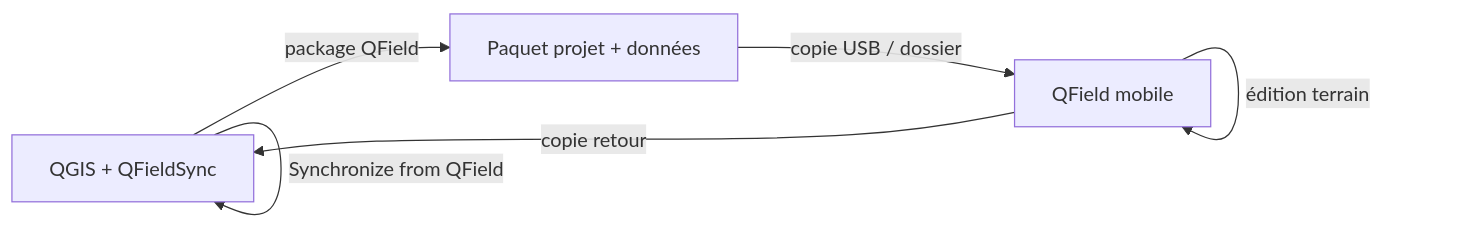
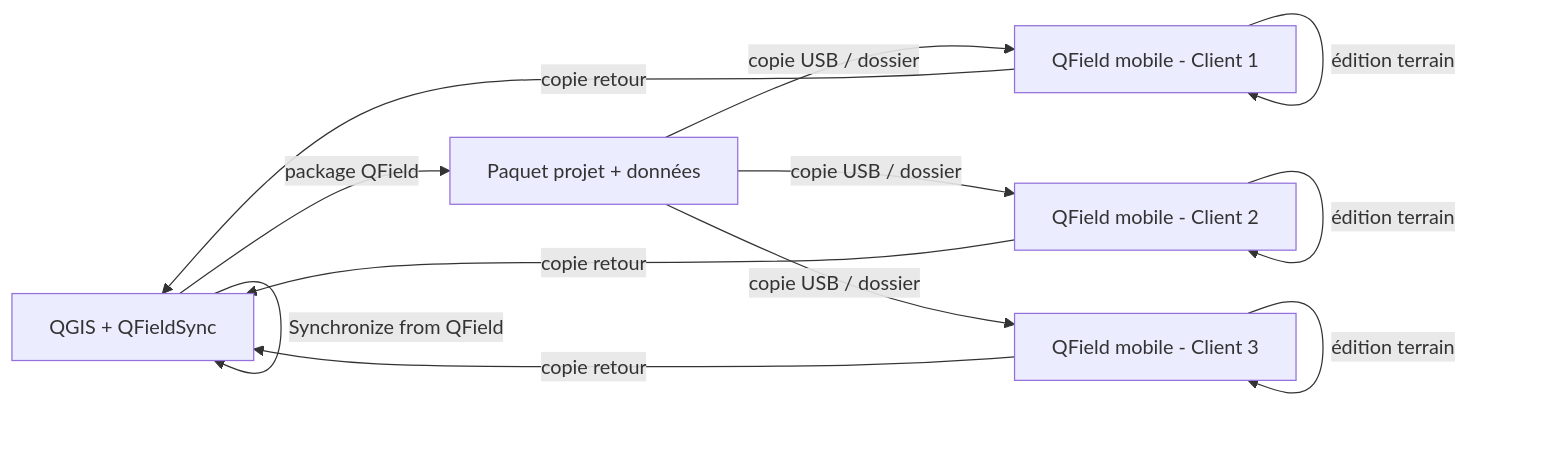
The second of 4 diagrams in qfield/leve-et-edition-qfield.qmd (iggroup/formation_qgis), drawn with Mermaid before and after one commit. The commit also changed other lines of this file and 2 other files, not shown here.

````diff
--- a/qfield/leve-et-edition-qfield.qmd
+++ b/qfield/leve-et-edition-qfield.qmd
@@ -82,8 +82,14 @@
 ```{mermaid}
 flowchart LR
 	QGIS[QGIS + QFieldSync] -->|package QField| PACKAGE[Paquet projet + données]
-	PACKAGE -->|copie USB / dossier| MOBILE[QField mobile]
-	MOBILE -->|édition terrain| MOBILE
-	MOBILE -->|copie retour| QGIS
+	PACKAGE -->|copie USB / dossier| MOBILE1[QField mobile - Client 1]
+	PACKAGE -->|copie USB / dossier| MOBILE2[QField mobile - Client 2]
+	PACKAGE -->|copie USB / dossier| MOBILE3[QField mobile - Client 3]
+	MOBILE1 -->|édition terrain| MOBILE1
+	MOBILE2 -->|édition terrain| MOBILE2
+	MOBILE3 -->|édition terrain| MOBILE3
+	MOBILE1 -->|copie retour| QGIS
+	MOBILE2 -->|copie retour| QGIS
+	MOBILE3 -->|copie retour| QGIS
 	QGIS -->|Synchronize from QField| QGIS
 ```
````
